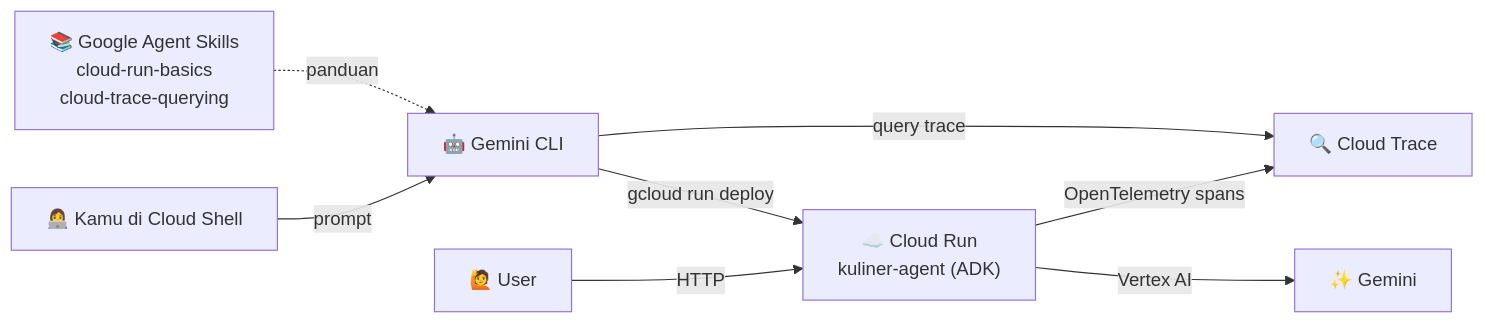
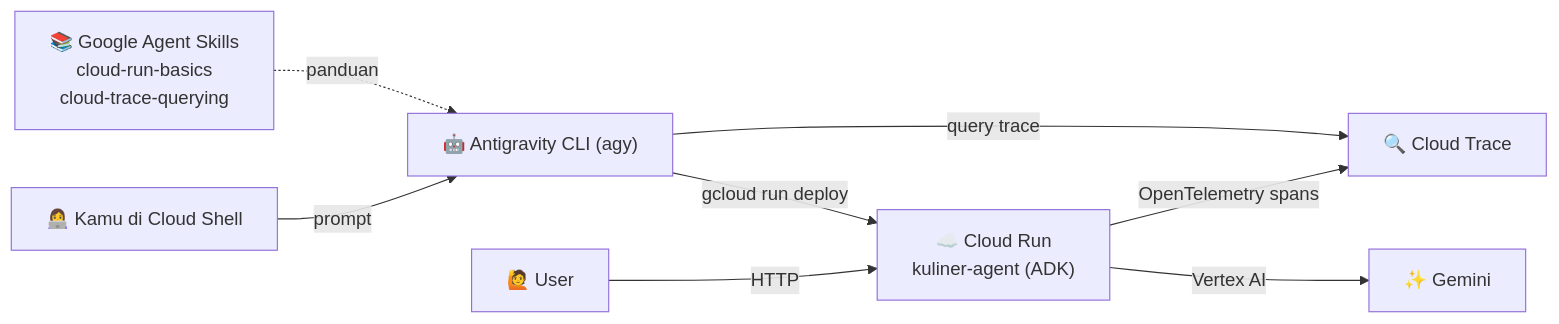
One commit to suhriar/devfest-prod-agents-workshop changed the diagram in README.md. Above: the diagram before and after it, drawn with Mermaid. The commit also changed other lines of this file and 4 other files, not shown here.

Commit message:
Ganti coding agent ke Antigravity CLI

````diff
--- a/README.md
+++ b/README.md
@@ -35,10 +35,10 @@
 ```mermaid
 flowchart LR
-    Dev["👩‍💻 Kamu di Cloud Shell"] -->|prompt| CA["🤖 Gemini CLI"]
+    Dev["👩‍💻 Kamu di Cloud Shell"] -->|prompt| CA["🤖 Antigravity CLI (agy)"]
     SK["📚 Google Agent Skills<br/>cloud-run-basics<br/>cloud-trace-querying"] -.->|panduan| CA
     CA -->|gcloud run deploy| CR["☁️ Cloud Run<br/>kuliner-agent (ADK)"]
     User["🙋 User"] -->|HTTP| CR
     CR -->|Vertex AI| G["✨ Gemini"]
     CR -->|OpenTelemetry spans| CT["🔍 Cloud Trace"]
     CA -->|query trace| CT
 ```
````
